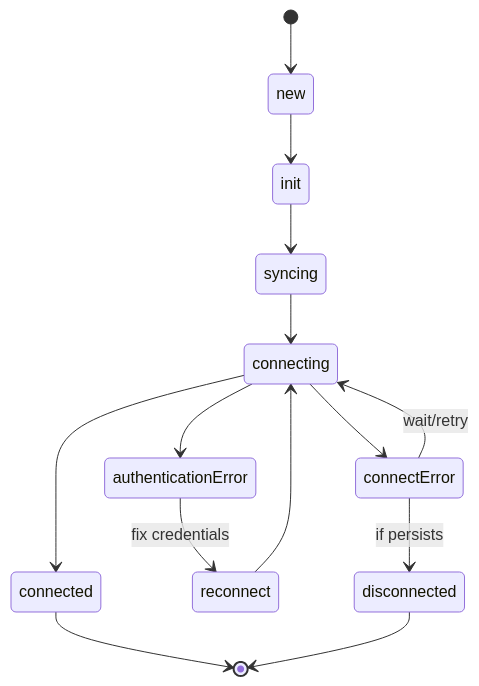
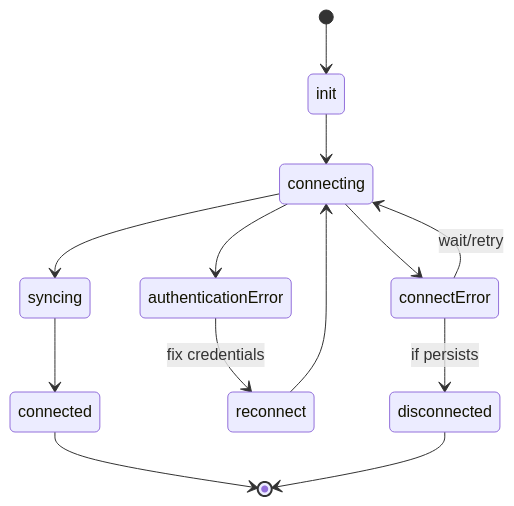
One commit to postalsys/learn-emailengine-app changed the diagram in docs/accounts/managing-accounts.md. Above: the diagram before and after it, drawn with Mermaid. The commit also changed other lines of this file, not shown here.

````diff
--- a/docs/accounts/managing-accounts.md
+++ b/docs/accounts/managing-accounts.md
@@ -31,18 +30,17 @@
 ```mermaid
 stateDiagram-v2
-    [*] --> new
-    new --> init
-    init --> syncing
-    syncing --> connecting
-    connecting --> connected
+    [*] --> init
+    init --> connecting
+    connecting --> syncing
+    syncing --> connected
     connected --> [*]
 
     connecting --> authenticationError
     authenticationError --> reconnect: fix credentials
     reconnect --> connecting
 
     connecting --> connectError
     connectError --> connecting: wait/retry
     connectError --> disconnected: if persists
     disconnected --> [*]
 ```
````
